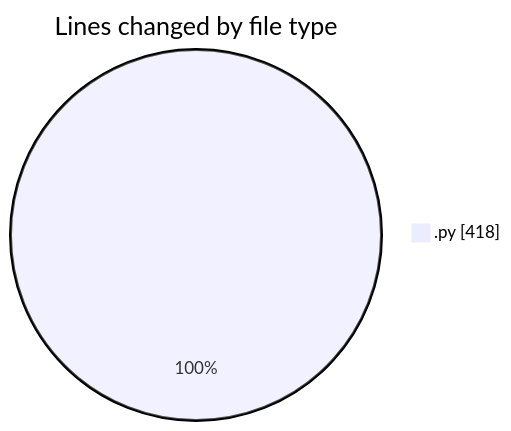
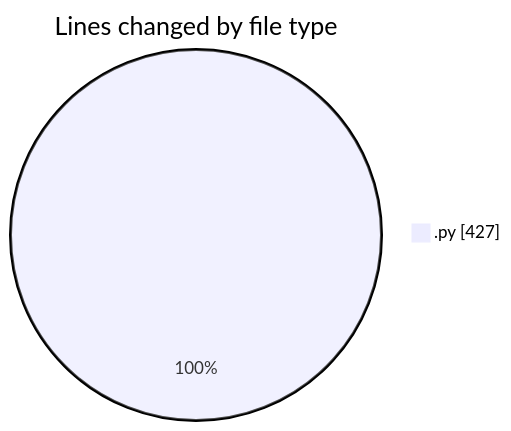
Before and after one commit to MatusMokan/code-tracking: the first of 2 diagrams in 2025-01-12/myws__workspace_/README.md, drawn with Mermaid. The commit also changed other lines of this file and 1 other file, not shown here.

````diff
--- a/2025-01-12/myws__workspace_/README.md
+++ b/2025-01-12/myws__workspace_/README.md
@@ -21,5 +21,5 @@
 ```mermaid
 pie showData
 title Lines changed by file type
-".py" : 418
+".py" : 427
 ```
````
